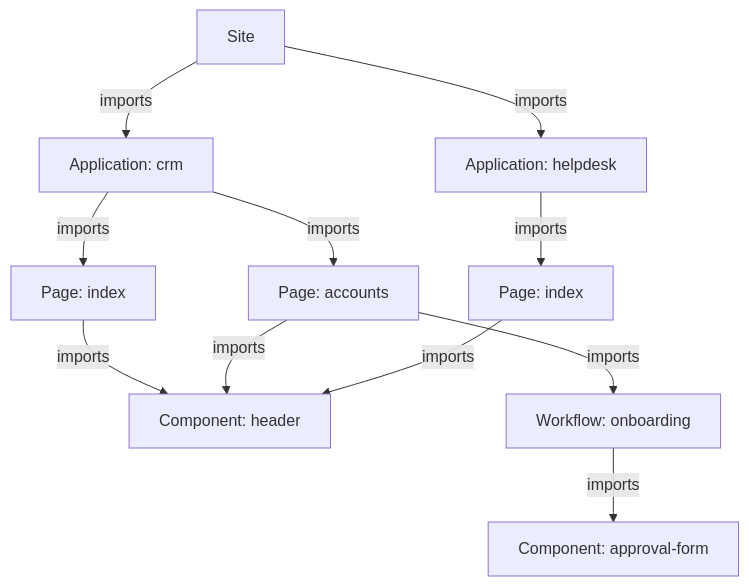
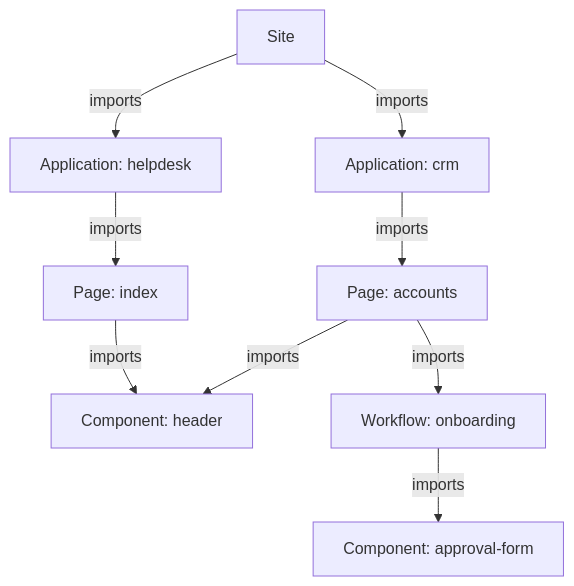
The diagram in content/versions/v0/architecture.mdx (taskmigo/docs), drawn with Mermaid before and after one commit. The commit also changed other lines of this file and 14 other files, not shown here.

````diff
--- a/content/versions/v0/architecture.mdx
+++ b/content/versions/v0/architecture.mdx
@@ -18,13 +16,11 @@
 ```mermaid
 flowchart TD
   site["Site"] -->|imports| crm["Application: crm"]
   site -->|imports| helpdesk["Application: helpdesk"]
-  crm -->|imports| crmIndex["Page: index"]
   crm -->|imports| accounts["Page: accounts"]
   helpdesk -->|imports| helpdeskIndex["Page: index"]
-  crmIndex -->|imports| header["Component: header"]
-  accounts -->|imports| header
+  accounts -->|imports| header["Component: header"]
   helpdeskIndex -->|imports| header
   accounts -->|imports| onboarding["Workflow: onboarding"]
   onboarding -->|imports| approval["Component: approval-form"]
 ```
````
